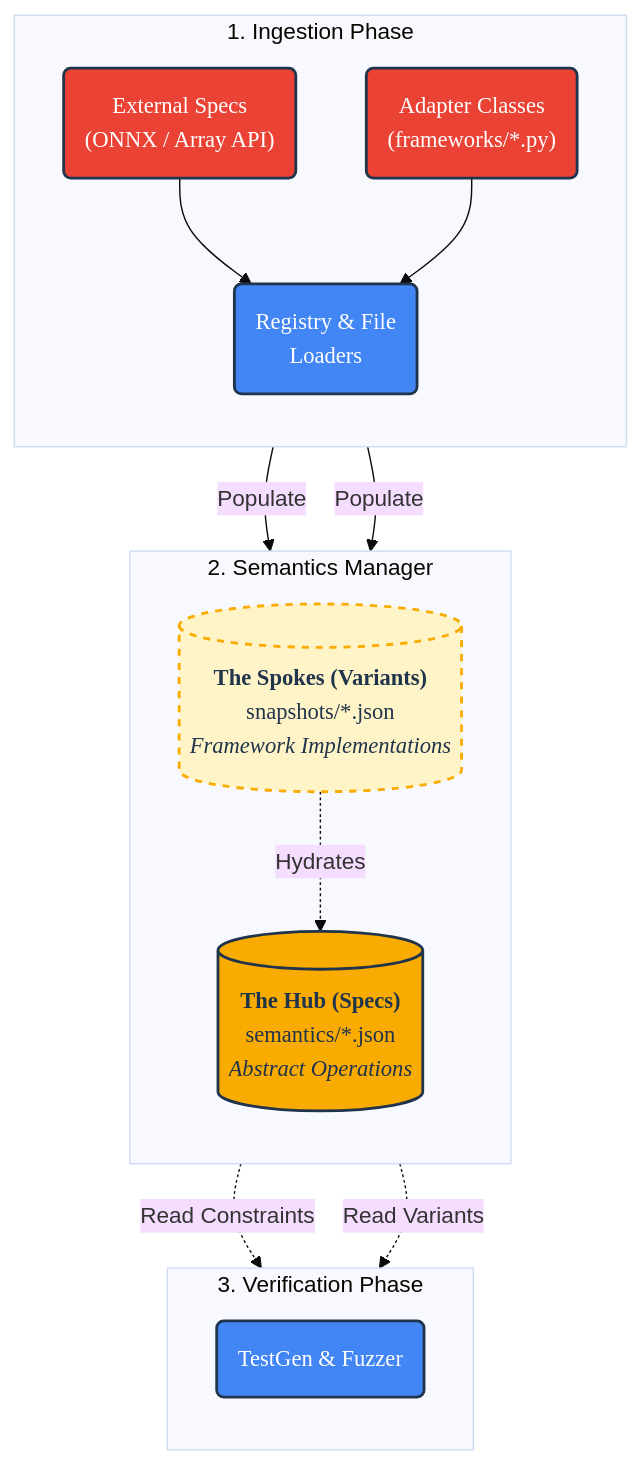
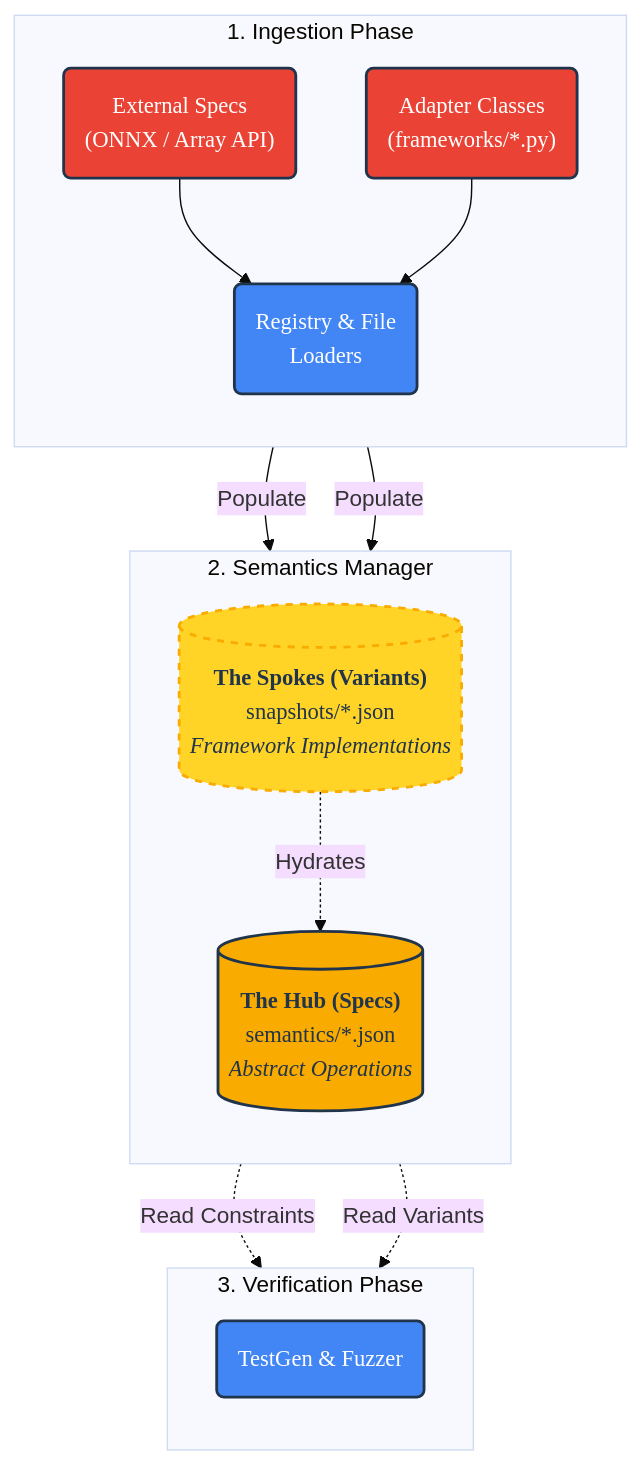
One commit to SamuelMarks/ml-switcheroo changed the first of 2 diagrams in ARCHITECTURE.md. Above: the diagram before and after it, drawn with Mermaid (base theme). The commit also changed other lines of this file and 127 other files, not shown here.

````diff
--- a/ARCHITECTURE.md
+++ b/ARCHITECTURE.md
@@ -33,45 +33,45 @@
 ```mermaid
 graph TD
-    %% --- STYLE DEFINITIONS ---
-    classDef default font-family:'Google Sans',color:#20344b,stroke:#20344b;
-    classDef input fill:#ea4335,stroke:#20344b,stroke-width:2px,color:#ffffff,font-family:'Google Sans',rx:5px;
-    classDef build fill:#4285f4,stroke:#20344b,stroke-width:2px,color:#ffffff,font-family:'Google Sans',rx:5px;
-    classDef hub fill:#f9ab00,stroke:#20344b,stroke-width:2px,color:#20344b,font-family:'Google Sans',rx:5px;
-    classDef spoke fill:#fff4c7,stroke:#f9ab00,stroke-width:2px,stroke-dasharray: 5 5,color:#20344b,font-family:'Google Sans',rx:5px;
+    %% --- STYLE DEFINITIONS --- 
+    classDef default font-family:'Google Sans Normal',color:#20344b,stroke:#20344b;
+    classDef input fill:#ea4335,stroke:#20344b,stroke-width:2px,color:#ffffff,font-family:'Google Sans Medium',rx:5px;
+    classDef build fill:#4285f4,stroke:#20344b,stroke-width:2px,color:#ffffff,font-family:'Google Sans Medium',rx:5px;
+    classDef hub fill:#f9ab00,stroke:#20344b,stroke-width:2px,color:#20344b,font-family:'Google Sans Medium',rx:5px;
+    classDef spoke fill:#ffd427,stroke:#f9ab00,stroke-width:2px,stroke-dasharray:5 5,color:#20344b,font-family:'Google Sans Medium',rx:5px;
 
-    %% --- PHASE 1: DISCOVERY ---
-    subgraph P1 ["1. Ingestion Phase"]
+    %% --- PHASE 1: DISCOVERY --- 
+    subgraph P1 [1. Ingestion Phase]
         direction TB
         STANDARDS("External Specs<br/>(ONNX / Array API)"):::input
         CODE("Adapter Classes<br/>(frameworks/*.py)"):::input
         
         LOADER("Registry & File<br/>Loaders"):::build
         
         STANDARDS --> LOADER
         CODE --> LOADER
     end
 
-    %% --- PHASE 2: STORAGE ---
-    subgraph P2 ["2. Semantics Manager"]
+    %% --- PHASE 2: STORAGE --- 
+    subgraph P2 [2. Semantics Manager]
         direction TB
         HUB[("<b>The Hub (Specs)</b><br/>semantics/*.json<br/><i>Abstract Operations</i>")]:::hub
         SPOKE[("<b>The Spokes (Variants)</b><br/>snapshots/*.json<br/><i>Framework Implementations</i>")]:::spoke
         
         %% Internal Context Link
-        SPOKE -.->|" Hydrates "| HUB
+        SPOKE -.->|"Hydrates"| HUB
     end
 
     %% Flow P1 -> P2
     LOADER -->|"Populate"| HUB
     LOADER -->|"Populate"| SPOKE
 
-    %% --- PHASE 3: VERIFICATION ---
-    subgraph P3 ["3. Verification Phase"]
+    %% --- PHASE 3: VERIFICATION --- 
+    subgraph P3 [3. Verification Phase]
         direction TB
         TESTER("TestGen & Fuzzer"):::build
     end
 
     %% Flow P2 -> P3
     HUB -.->|"Read Constraints"| TESTER
     SPOKE -.->|"Read Variants"| TESTER
 ```
````
